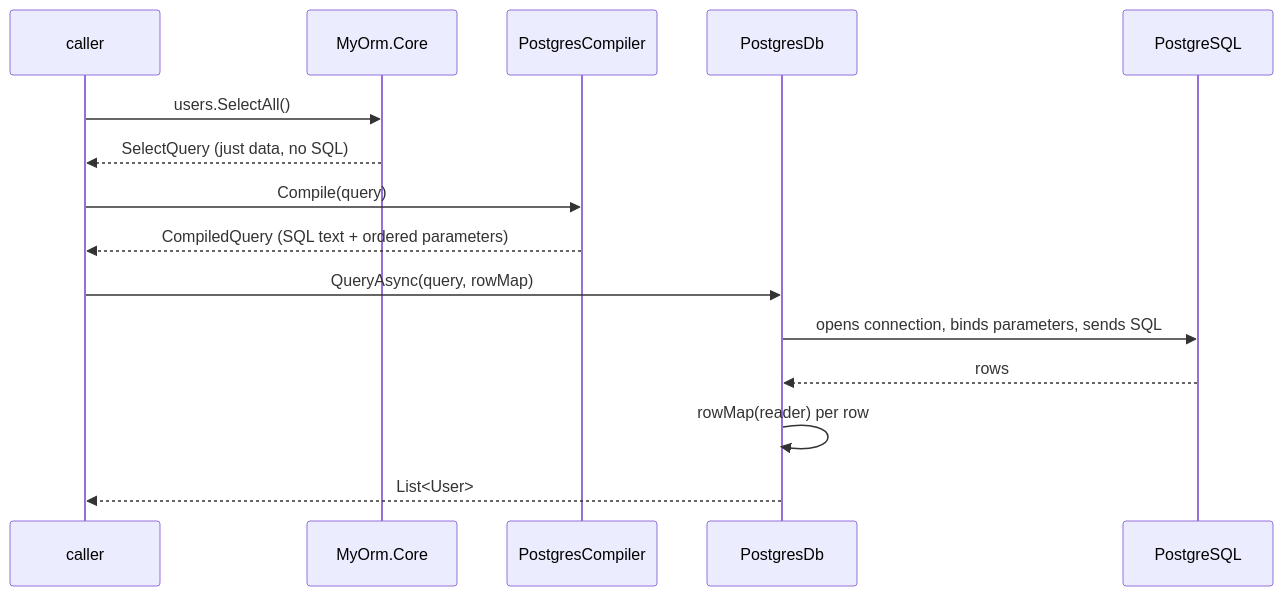
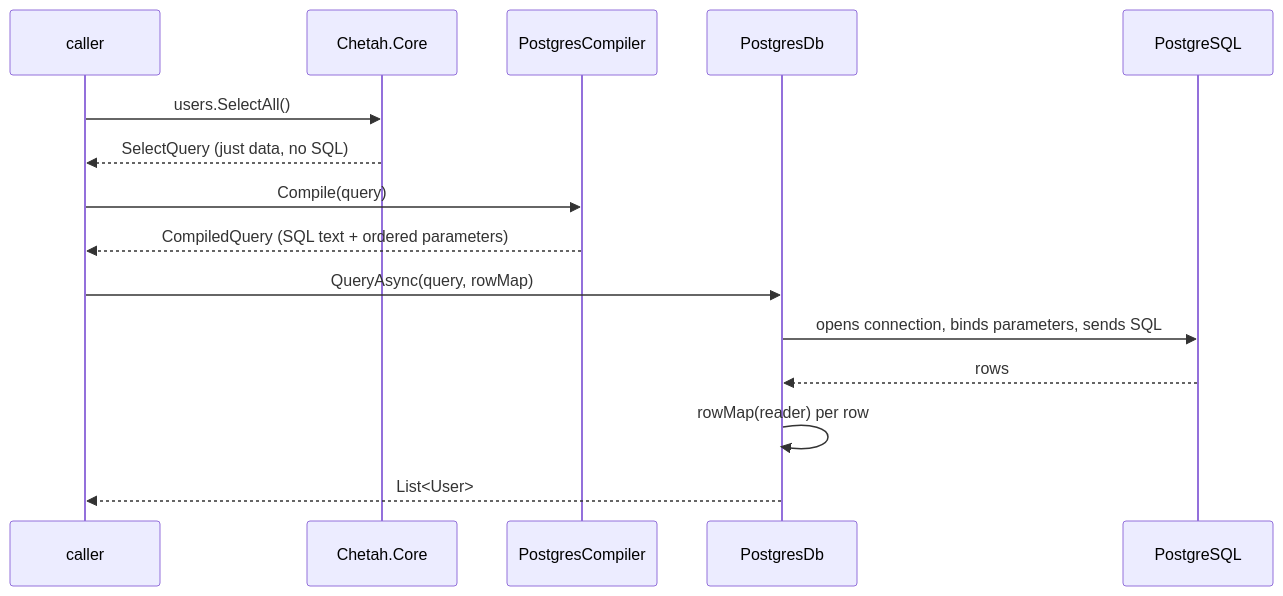
The diagram in docs/BASIC_SELECT.md (th3akii/chetah), drawn with Mermaid before and after one commit. The commit also changed other lines of this file and 101 other files, not shown here.

First line of the commit message:
refactor: rename MyOrm to Chetah

````diff
--- a/docs/BASIC_SELECT.md
+++ b/docs/BASIC_SELECT.md
@@ -29,18 +29,18 @@
 ```mermaid
 sequenceDiagram
     participant U as caller
-    participant Core as MyOrm.Core
+    participant Core as Chetah.Core
     participant C as PostgresCompiler
     participant Db as PostgresDb
     participant PG as PostgreSQL
 
     U->>Core: users.SelectAll()
     Core-->>U: SelectQuery (just data, no SQL)
     U->>C: Compile(query)
     C-->>U: CompiledQuery (SQL text + ordered parameters)
     U->>Db: QueryAsync(query, rowMap)
     Db->>PG: opens connection, binds parameters, sends SQL
     PG-->>Db: rows
     Db->>Db: rowMap(reader) per row
     Db-->>U: List<User>
 ```
````
